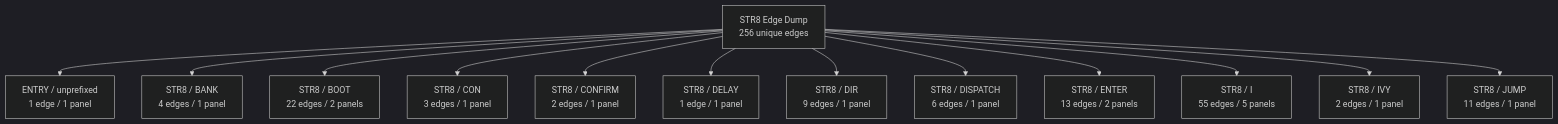
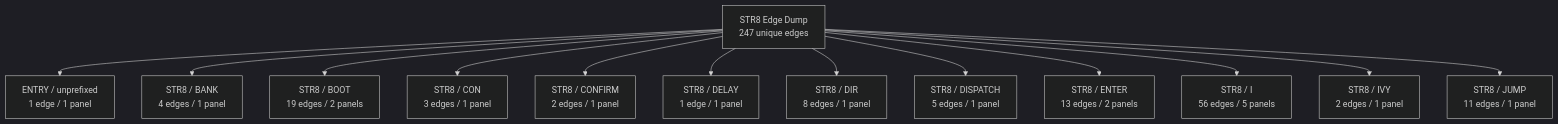
The first of 41 diagrams in DOC/GUIDES/STR8/STR8_EDGE_DUMP.md (95westus/R-YORS), drawn with Mermaid (dark theme) before and after one commit. The commit also changed other lines of this file and 17 other files, not shown here.

````diff
--- a/DOC/GUIDES/STR8/STR8_EDGE_DUMP.md
+++ b/DOC/GUIDES/STR8/STR8_EDGE_DUMP.md
@@ -26,15 +26,15 @@
 ```mermaid
 flowchart TD
-    EDGE_ATLAS_ROOT_0["STR8 Edge Dump<br/>256 unique edges"] --> EDGE_FAMILY_0_0["ENTRY / unprefixed<br/>1 edge / 1 panel"]
-    EDGE_ATLAS_ROOT_0["STR8 Edge Dump<br/>256 unique edges"] --> EDGE_FAMILY_0_1["STR8 / BANK<br/>4 edges / 1 panel"]
-    EDGE_ATLAS_ROOT_0["STR8 Edge Dump<br/>256 unique edges"] --> EDGE_FAMILY_0_2["STR8 / BOOT<br/>22 edges / 2 panels"]
-    EDGE_ATLAS_ROOT_0["STR8 Edge Dump<br/>256 unique edges"] --> EDGE_FAMILY_0_3["STR8 / CON<br/>3 edges / 1 panel"]
-    EDGE_ATLAS_ROOT_0["STR8 Edge Dump<br/>256 unique edges"] --> EDGE_FAMILY_0_4["STR8 / CONFIRM<br/>2 edges / 1 panel"]
-    EDGE_ATLAS_ROOT_0["STR8 Edge Dump<br/>256 unique edges"] --> EDGE_FAMILY_0_5["STR8 / DELAY<br/>1 edge / 1 panel"]
-    EDGE_ATLAS_ROOT_0["STR8 Edge Dump<br/>256 unique edges"] --> EDGE_FAMILY_0_6["STR8 / DIR<br/>9 edges / 1 panel"]
-    EDGE_ATLAS_ROOT_0["STR8 Edge Dump<br/>256 unique edges"] --> EDGE_FAMILY_0_7["STR8 / DISPATCH<br/>6 edges / 1 panel"]
-    EDGE_ATLAS_ROOT_0["STR8 Edge Dump<br/>256 unique edges"] --> EDGE_FAMILY_0_8["STR8 / ENTER<br/>13 edges / 2 panels"]
-    EDGE_ATLAS_ROOT_0["STR8 Edge Dump<br/>256 unique edges"] --> EDGE_FAMILY_0_9["STR8 / I<br/>55 edges / 5 panels"]
-    EDGE_ATLAS_ROOT_0["STR8 Edge Dump<br/>256 unique edges"] --> EDGE_FAMILY_0_10["STR8 / IVY<br/>2 edges / 1 panel"]
-    EDGE_ATLAS_ROOT_0["STR8 Edge Dump<br/>256 unique edges"] --> EDGE_FAMILY_0_11["STR8 / JUMP<br/>11 edges / 1 panel"]
+    EDGE_ATLAS_ROOT_0["STR8 Edge Dump<br/>247 unique edges"] --> EDGE_FAMILY_0_0["ENTRY / unprefixed<br/>1 edge / 1 panel"]
+    EDGE_ATLAS_ROOT_0["STR8 Edge Dump<br/>247 unique edges"] --> EDGE_FAMILY_0_1["STR8 / BANK<br/>4 edges / 1 panel"]
+    EDGE_ATLAS_ROOT_0["STR8 Edge Dump<br/>247 unique edges"] --> EDGE_FAMILY_0_2["STR8 / BOOT<br/>19 edges / 2 panels"]
+    EDGE_ATLAS_ROOT_0["STR8 Edge Dump<br/>247 unique edges"] --> EDGE_FAMILY_0_3["STR8 / CON<br/>3 edges / 1 panel"]
+    EDGE_ATLAS_ROOT_0["STR8 Edge Dump<br/>247 unique edges"] --> EDGE_FAMILY_0_4["STR8 / CONFIRM<br/>2 edges / 1 panel"]
+    EDGE_ATLAS_ROOT_0["STR8 Edge Dump<br/>247 unique edges"] --> EDGE_FAMILY_0_5["STR8 / DELAY<br/>1 edge / 1 panel"]
+    EDGE_ATLAS_ROOT_0["STR8 Edge Dump<br/>247 unique edges"] --> EDGE_FAMILY_0_6["STR8 / DIR<br/>8 edges / 1 panel"]
+    EDGE_ATLAS_ROOT_0["STR8 Edge Dump<br/>247 unique edges"] --> EDGE_FAMILY_0_7["STR8 / DISPATCH<br/>5 edges / 1 panel"]
+    EDGE_ATLAS_ROOT_0["STR8 Edge Dump<br/>247 unique edges"] --> EDGE_FAMILY_0_8["STR8 / ENTER<br/>13 edges / 2 panels"]
+    EDGE_ATLAS_ROOT_0["STR8 Edge Dump<br/>247 unique edges"] --> EDGE_FAMILY_0_9["STR8 / I<br/>56 edges / 5 panels"]
+    EDGE_ATLAS_ROOT_0["STR8 Edge Dump<br/>247 unique edges"] --> EDGE_FAMILY_0_10["STR8 / IVY<br/>2 edges / 1 panel"]
+    EDGE_ATLAS_ROOT_0["STR8 Edge Dump<br/>247 unique edges"] --> EDGE_FAMILY_0_11["STR8 / JUMP<br/>11 edges / 1 panel"]
 ```
````
